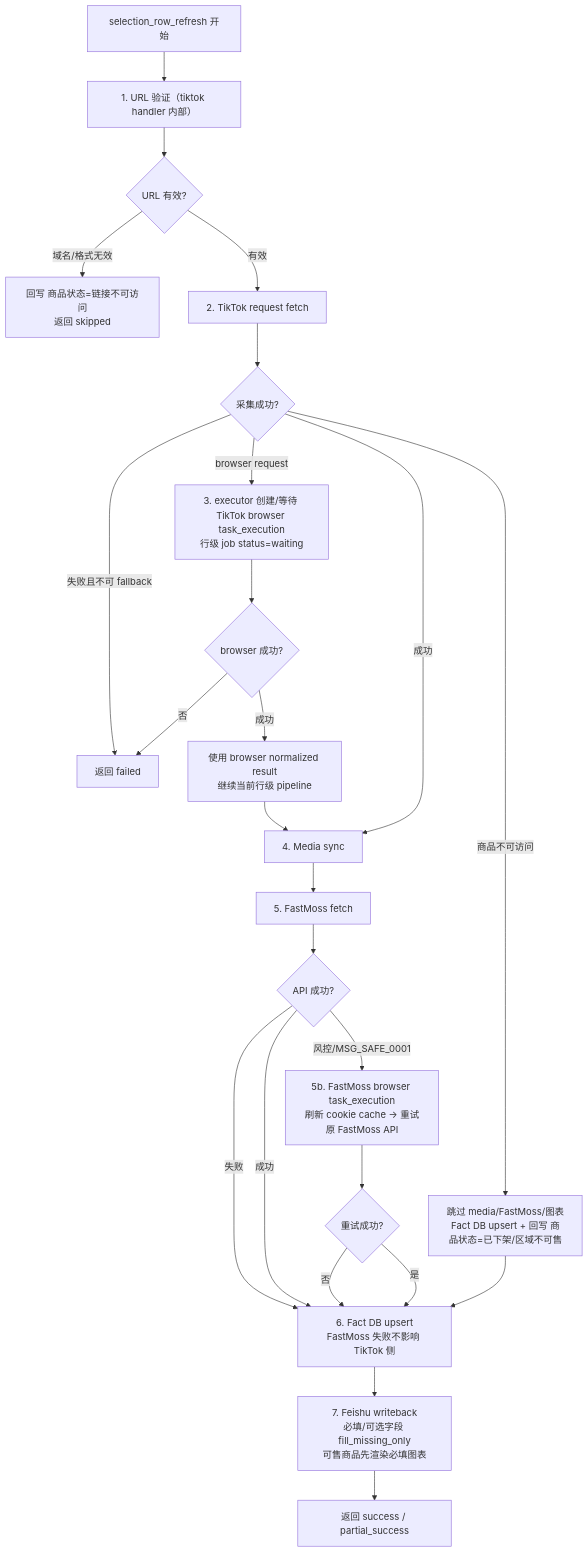
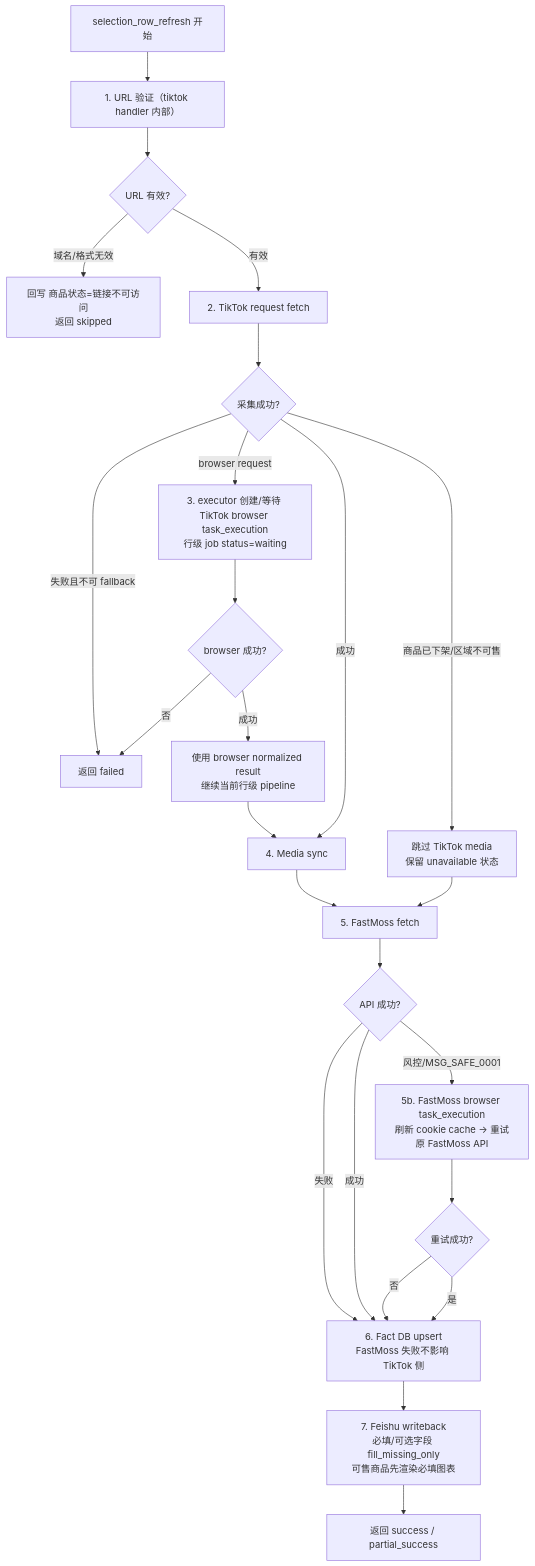
Before and after one commit to knighterrantsky/mujitask: the second of 5 diagrams in docs/arch/workflow-selection-table-design.md, drawn with Mermaid. The commit also changed other lines of this file and 69 other files, not shown here.

Commit message:
feat: align FastMoss and influencer sync rules

````diff
--- a/docs/arch/workflow-selection-table-design.md
+++ b/docs/arch/workflow-selection-table-design.md
@@ -67,27 +67,27 @@
 ```mermaid
 flowchart TD
     A["selection_row_refresh 开始"] --> B["1. URL 验证（tiktok handler 内部）"]
     B --> B1{"URL 有效?"}
     B1 -->|域名/格式无效| B2["回写 商品状态=链接不可访问<br/>返回 skipped"]
     B1 -->|有效| C["2. TikTok request fetch"]
     C --> C1{"采集成功?"}
     C1 -->|browser request| D["3. executor 创建/等待 TikTok browser task_execution<br/>行级 job status=waiting"]
     D --> D1{"browser 成功?"}
     D1 -->|否| D2["返回 failed"]
     C1 -->|失败且不可 fallback| D2
     C1 -->|成功| E["4. Media sync"]
     D1 -->|成功| D3["使用 browser normalized result<br/>继续当前行级 pipeline"]
     D3 --> E
-    C1 -->|商品不可访问| C2["跳过 media/FastMoss/图表<br/>Fact DB upsert + 回写 商品状态=已下架/区域不可售"]
-    C2 --> G
+    C1 -->|商品已下架/区域不可售| C2["跳过 TikTok media<br/>保留 unavailable 状态"]
+    C2 --> F
     E --> F["5. FastMoss fetch"]
     F --> F1{"API 成功?"}
     F1 -->|风控/MSG_SAFE_0001| F2["5b. FastMoss browser task_execution<br/>刷新 cookie cache → 重试原 FastMoss API"]
     F2 --> F3{"重试成功?"}
     F3 -->|是| G
     F3 -->|否| G["6. Fact DB upsert<br/>FastMoss 失败不影响 TikTok 侧"]
     F1 -->|成功| G
     F1 -->|失败| G
     G --> H["7. Feishu writeback<br/>必填/可选字段 fill_missing_only<br/>可售商品先渲染必填图表"]
     H --> I["返回 success / partial_success"]
 ```
````
